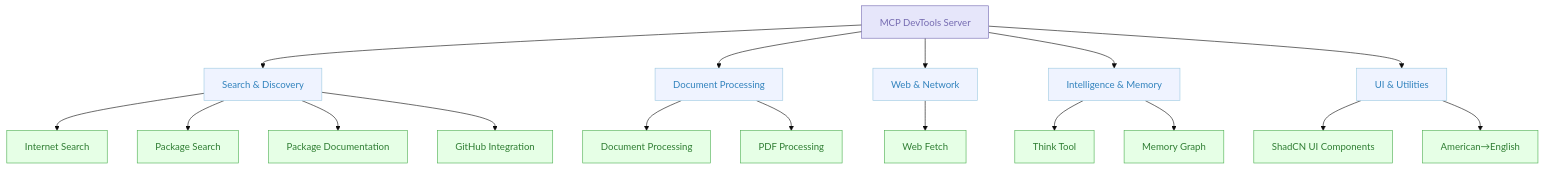
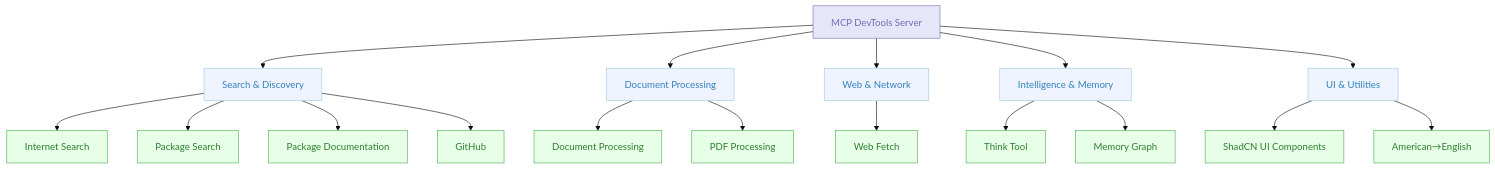
One commit to sammcj/mcp-devtools changed the diagram in README.md. Above: the diagram before and after it, drawn with Mermaid (base theme).

Commit message:
minor updates

````diff
--- a/README.md
+++ b/README.md
@@ -5,32 +5,32 @@
 ```mermaid
 graph TD
     A[MCP DevTools Server] --> B[Search & Discovery]
     A --> C[Document Processing]
     A --> D[Web & Network]
     A --> E[Intelligence & Memory]
     A --> F[UI & Utilities]
 
     B --> B1[Internet Search]
     B --> B2[Package Search]
     B --> B3[Package Documentation]
-    B --> B4[GitHub Integration]
+    B --> B4[GitHub]
 
     C --> C1[Document Processing]
     C --> C2[PDF Processing]
 
     D --> D1[Web Fetch]
 
     E --> E1[Think Tool]
     E --> E2[Memory Graph]
 
     F --> F1[ShadCN UI Components]
     F --> F2[American→English]
 
     classDef server fill:#E6E6FA,stroke:#756BB1,color:#756BB1
     classDef category fill:#EFF3FF,stroke:#9ECAE1,color:#3182BD
     classDef tool fill:#E6FFE6,stroke:#4CAF50,color:#2E7D32
 
     class A server
     class B,C,D,E,F category
     class B1,B2,B3,B4,C1,C2,D1,E1,E2,F1,F2 tool
 ```
````
